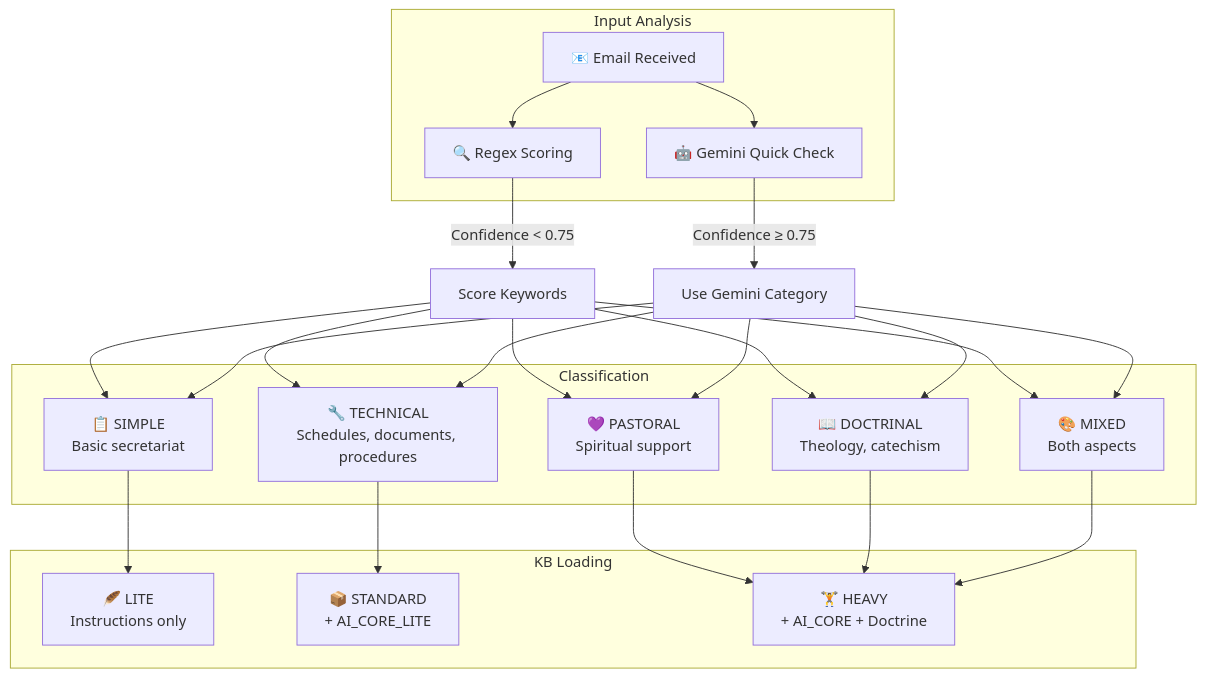
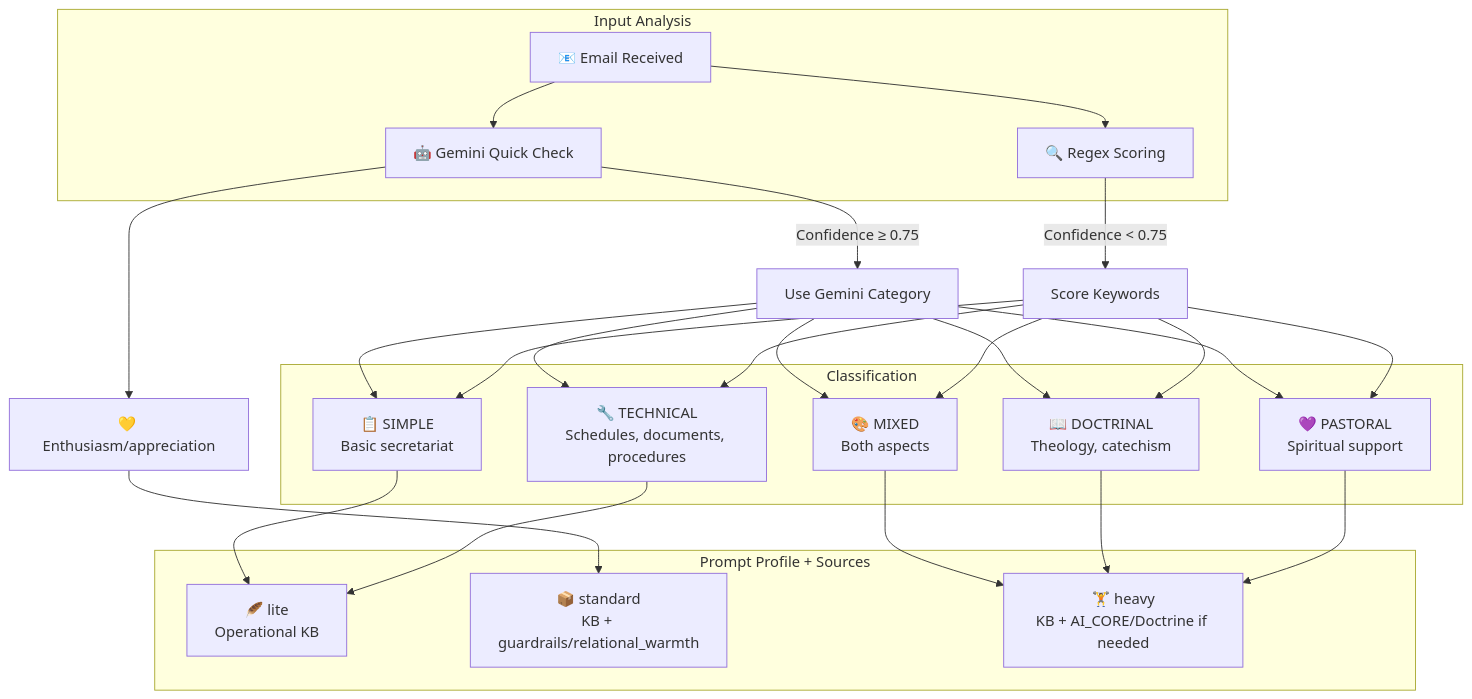
The ninth of 9 diagrams in docs/ARCHITECTURE_DIAGRAMS.md (rasanfil-source/segreteria), drawn with Mermaid before and after one commit. The commit also changed other lines of this file and 4 other files, not shown here.

Commit message:
Update architecture diagrams and readme modules description to include PromptContext and runtime prompt construction flow

````diff
--- a/docs/ARCHITECTURE_DIAGRAMS.md
+++ b/docs/ARCHITECTURE_DIAGRAMS.md
@@ -353,35 +365,37 @@
 ```mermaid
 graph TD
     subgraph "Input Analysis"
         IN["📧 Email Received"]
         REG["🔍 Regex Scoring"]
         GEM["🤖 Gemini Quick Check"]
     end
     
     subgraph "Classification"
         TECH["🔧 TECHNICAL<br/>Schedules, documents, procedures"]
         PAST["💜 PASTORAL<br/>Spiritual support"]
         DOCT["📖 DOCTRINAL<br/>Theology, catechism"]
         MIX["🎨 MIXED<br/>Both aspects"]
         SIMP["📋 SIMPLE<br/>Basic secretariat"]
     end
     
-    subgraph "KB Loading"
-        LITE["🪶 LITE<br/>Instructions only"]
-        STD["📦 STANDARD<br/>+ AI_CORE_LITE"]
-        HEAVY["🏋️ HEAVY<br/>+ AI_CORE + Doctrine"]
+    subgraph "Prompt Profile + Sources"
+        LITE["🪶 lite<br/>Operational KB"]
+        STD["📦 standard<br/>KB + guardrails/relational_warmth"]
+        HEAVY["🏋️ heavy<br/>KB + AI_CORE/Doctrine if needed"]
     end
     
     IN --> REG & GEM
     REG --> |Confidence < 0.75| SCORE["Score Keywords"]
     GEM --> |Confidence ≥ 0.75| DIRECT["Use Gemini Category"]
     
     SCORE --> TECH & PAST & DOCT & MIX & SIMP
     DIRECT --> TECH & PAST & DOCT & MIX & SIMP
     
-    TECH --> STD
+    TECH --> LITE
     PAST --> HEAVY
     DOCT --> HEAVY
     MIX --> HEAVY
     SIMP --> LITE
+    GEM --> WARM["💛 Enthusiasm/appreciation"]
+    WARM --> STD
 ```
````
